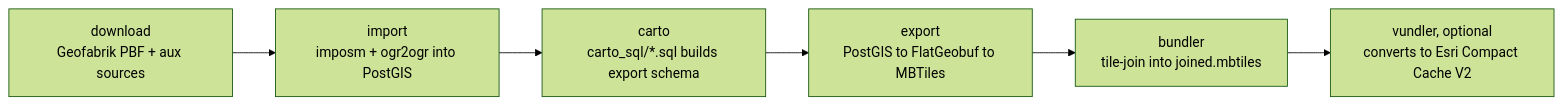
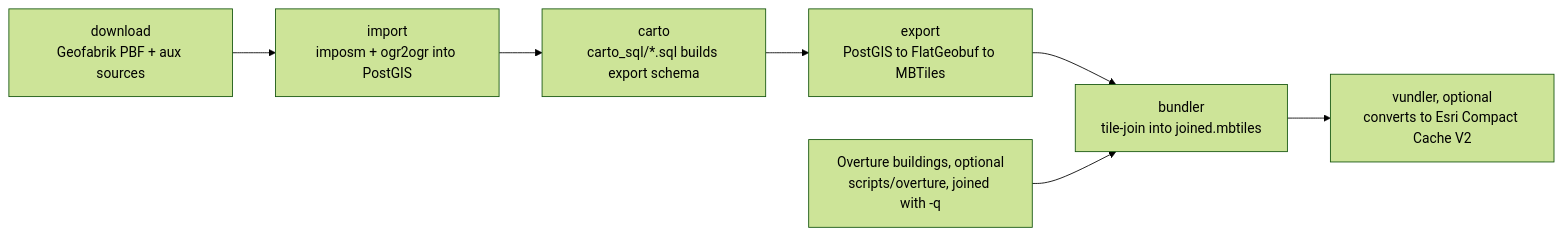
Before and after one commit to ReleasableBasemapTiles/abt: the diagram in docs/overview/pipeline.md, drawn with Mermaid (forest theme). The commit also changed other lines of this file and 13 other files, not shown here.

````diff
--- a/docs/overview/pipeline.md
+++ b/docs/overview/pipeline.md
@@ -8,8 +8,9 @@
 ```mermaid
 flowchart LR
     downloadStage["download<br/>Geofabrik PBF + aux sources"] --> importStage["import<br/>imposm + ogr2ogr into PostGIS"]
     importStage --> cartoStage["carto<br/>carto_sql/*.sql builds export schema"]
     cartoStage --> exportStage["export<br/>PostGIS to FlatGeobuf to MBTiles"]
     exportStage --> bundlerStage["bundler<br/>tile-join into joined.mbtiles"]
     bundlerStage --> vundlerStage["vundler, optional<br/>converts to Esri Compact Cache V2"]
+    overtureStage["Overture buildings, optional<br/>scripts/overture, joined with -q"] --> bundlerStage
 ```
````
